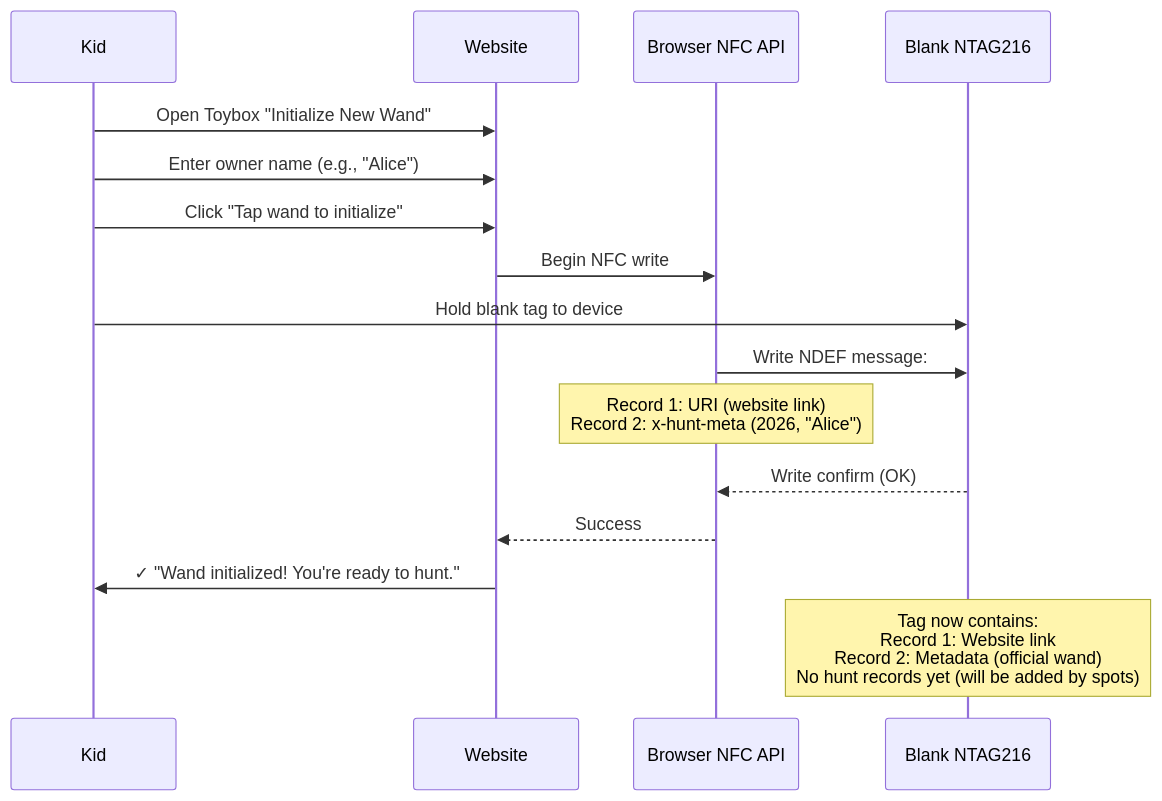
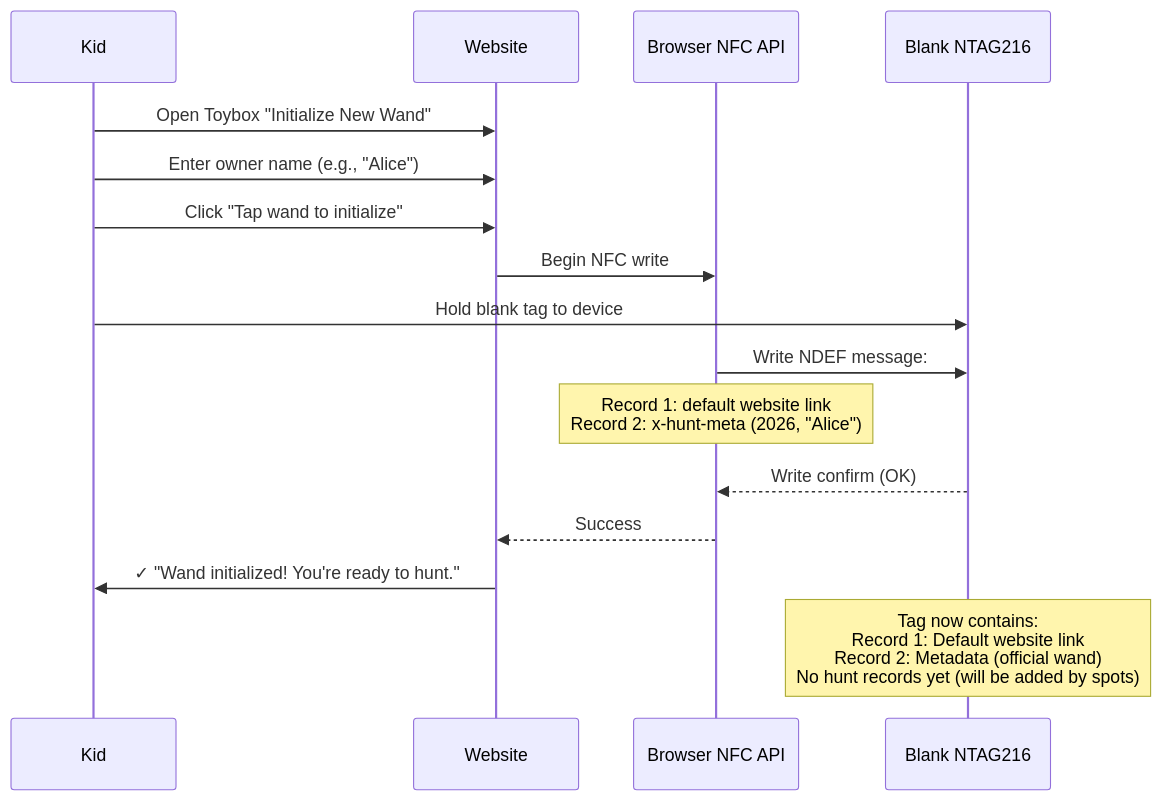
The sixth of 6 diagrams in docs/04-SYSTEM-ARCHITECTURE.md (bnm12/magic-treasure-hunt-infra), drawn with Mermaid before and after one commit. The commit also changed other lines of this file and 9 other files, not shown here.

````diff
--- a/docs/04-SYSTEM-ARCHITECTURE.md
+++ b/docs/04-SYSTEM-ARCHITECTURE.md
@@ -326,24 +326,24 @@
 ```mermaid
 sequenceDiagram
   participant Kid
   participant Website
   participant Browser as Browser NFC API
   participant BlankTag as Blank NTAG216
 
   Kid->>Website: Open Toybox "Initialize New Wand"
   Kid->>Website: Enter owner name (e.g., "Alice")
   Kid->>Website: Click "Tap wand to initialize"
 
   Website->>Browser: Begin NFC write
   Kid->>BlankTag: Hold blank tag to device
 
   Browser->>BlankTag: Write NDEF message:
-  note over Browser: Record 1: URI (website link)<br/>Record 2: x-hunt-meta (2026, "Alice")
+  note over Browser: Record 1: default website link<br/>Record 2: x-hunt-meta (2026, "Alice")
 
   BlankTag-->>Browser: Write confirm (OK)
   Browser-->>Website: Success
 
   Website->>Kid: ✓ "Wand initialized! You're ready to hunt."
 
-  note over BlankTag: Tag now contains:<br/>Record 1: Website link<br/>Record 2: Metadata (official wand)<br/>No hunt records yet (will be added by spots)
+  note over BlankTag: Tag now contains:<br/>Record 1: Default website link<br/>Record 2: Metadata (official wand)<br/>No hunt records yet (will be added by spots)
 ```
````
